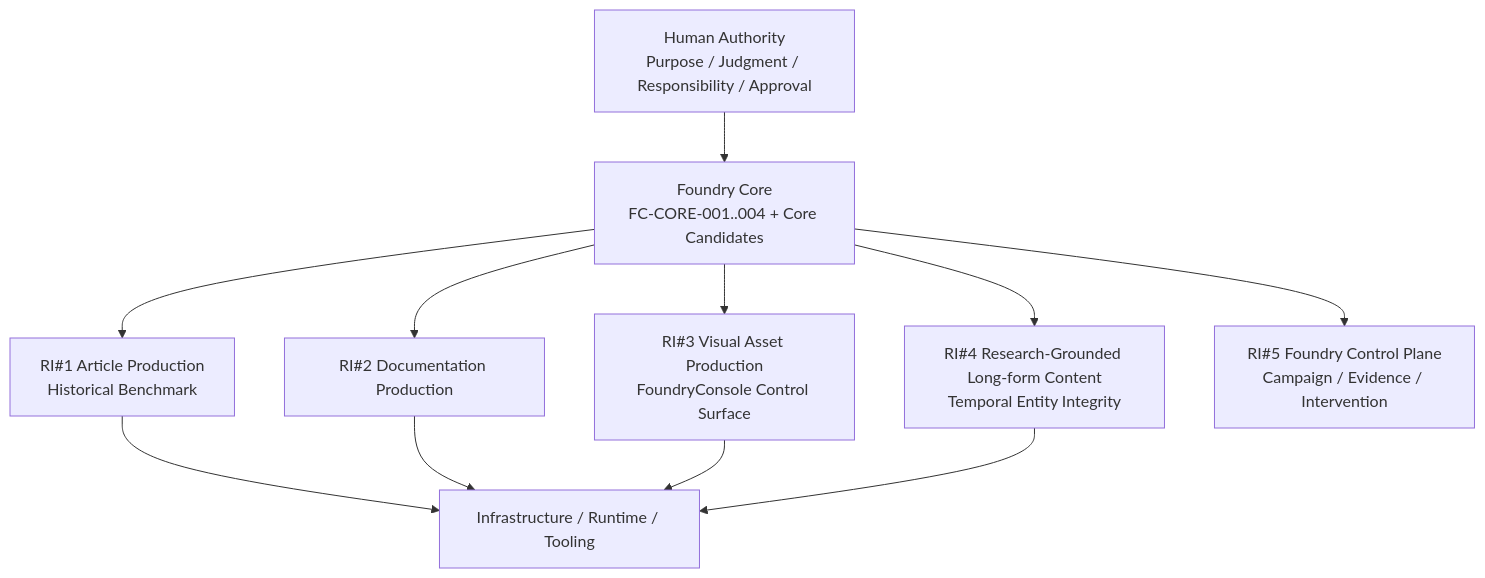
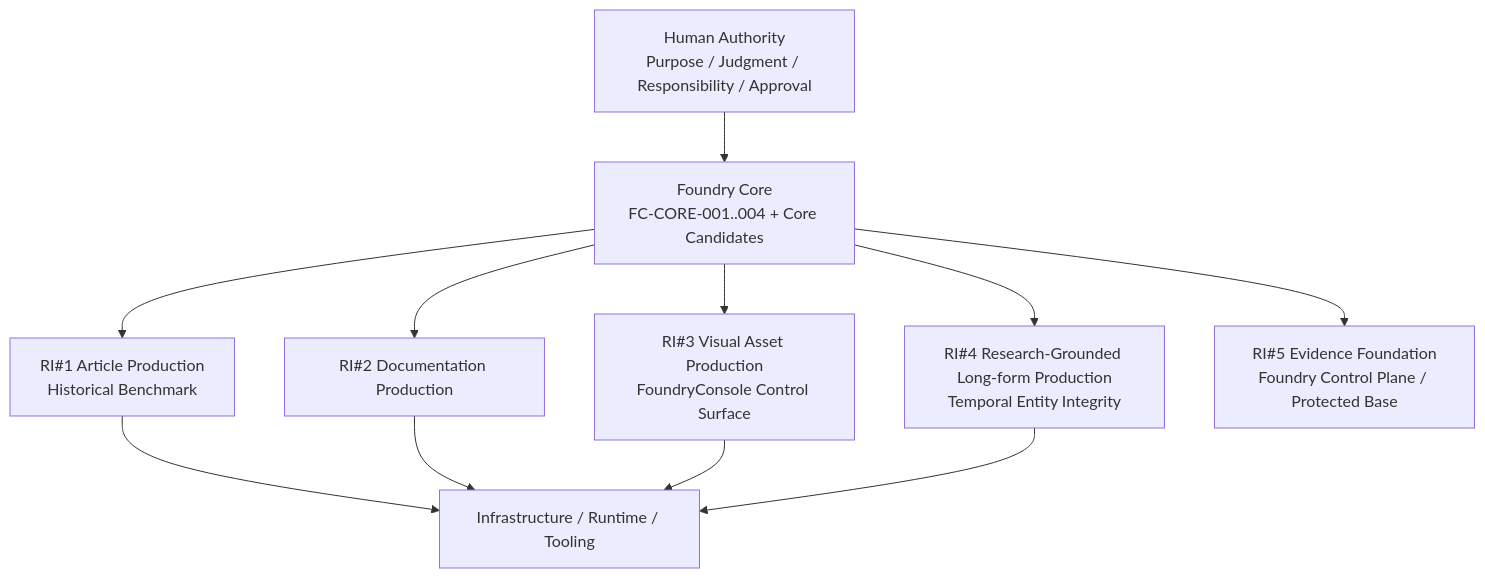
Before and after one commit to fctaityo/fctaityo.github.io: the first of 12 diagrams in docs/public/architecture-public.md, drawn with Mermaid. The commit also changed other lines of this file and 3 other files, not shown here.

````diff
--- a/docs/public/architecture-public.md
+++ b/docs/public/architecture-public.md
@@ -28,13 +28,13 @@
 ```mermaid
 flowchart TD
   H["Human Authority<br/>Purpose / Judgment / Responsibility / Approval"] --> F["Foundry Core<br/>FC-CORE-001..004 + Core Candidates"]
   F --> R1["RI#1 Article Production<br/>Historical Benchmark"]
   F --> R2["RI#2 Documentation Production"]
   F --> R3["RI#3 Visual Asset Production<br/>FoundryConsole Control Surface"]
-  F --> R4["RI#4 Research-Grounded Long-form Content<br/>Temporal Entity Integrity"]
-  F --> R5["RI#5 Foundry Control Plane<br/>Campaign / Evidence / Intervention"]
+  F --> R4["RI#4 Research-Grounded Long-form Production<br/>Temporal Entity Integrity"]
+  F --> R5["RI#5 Evidence Foundation<br/>Foundry Control Plane / Protected Base"]
   R1 --> I["Infrastructure / Runtime / Tooling"]
   R2 --> I
   R3 --> I
   R4 --> I
 ```
````
